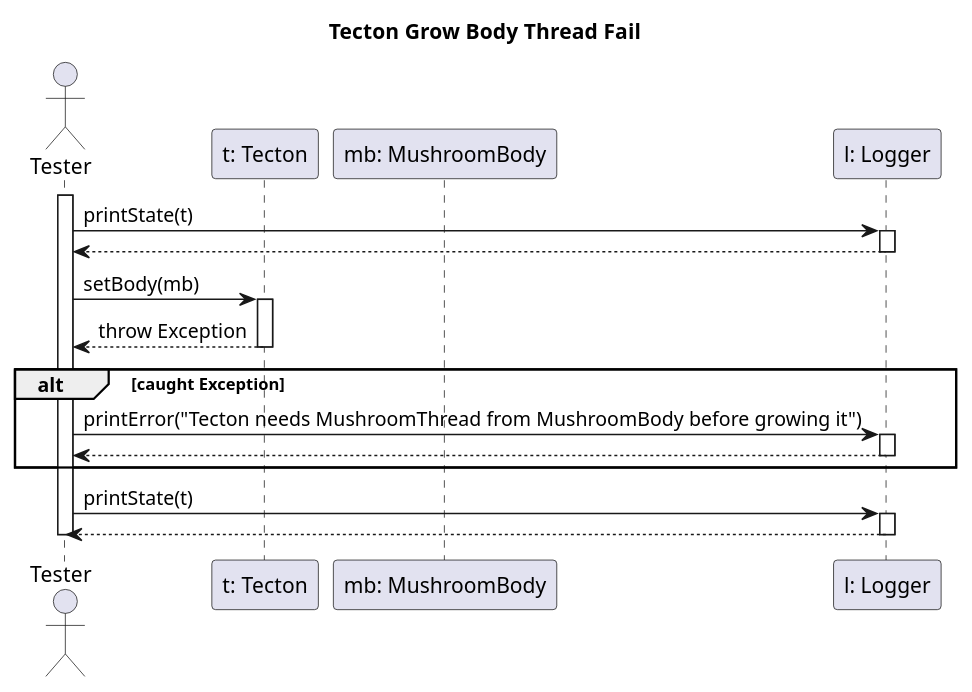
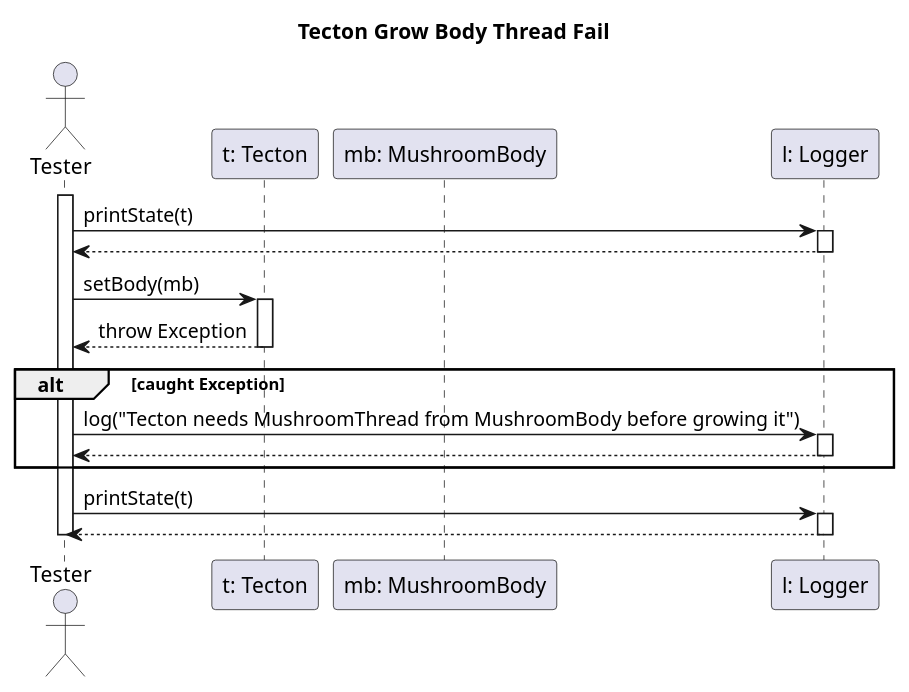
The diagram in diagrams/test-sequence/tectonGrowBodyThreadFail.puml (dzsem/projlab), drawn with PlantUML before and after one commit. The commit also changed 6 other files, not shown here.

```diff
--- a/diagrams/test-sequence/tectonGrowBodyThreadFail.puml
+++ b/diagrams/test-sequence/tectonGrowBodyThreadFail.puml
@@ -1,37 +1,37 @@
 @startuml tectonGrowBodyTest
 
 title Tecton Grow Body Thread Fail
 
 actor "Tester" as ts
 participant "t: Tecton" as t
 participant "mb: MushroomBody" as mb
 participant "l: Logger" as l
 
 activate ts
 
 ts -> l: printState(t)
 activate l
 ts <-- l
 deactivate l
 
 ts -> t: setBody(mb)
 activate t
 
 ts <-- t: throw Exception
 deactivate t
 
 alt caught Exception
-    ts -> l: printError("Tecton needs MushroomThread from MushroomBody before growing it")
+    ts -> l: log("Tecton needs MushroomThread from MushroomBody before growing it")
     activate l
     ts <-- l
     deactivate l    
 end
 
 ts -> l: printState(t)
 activate l
 ts <-- l
 deactivate l
 
 deactivate ts
 
 @enduml
```
